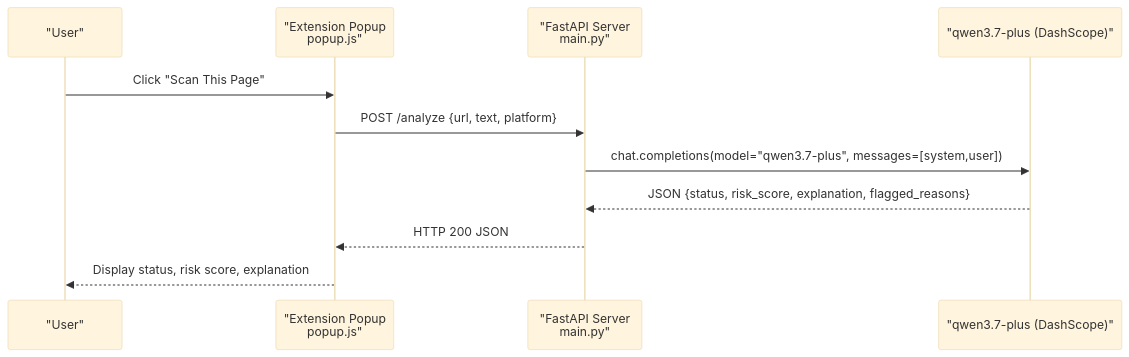
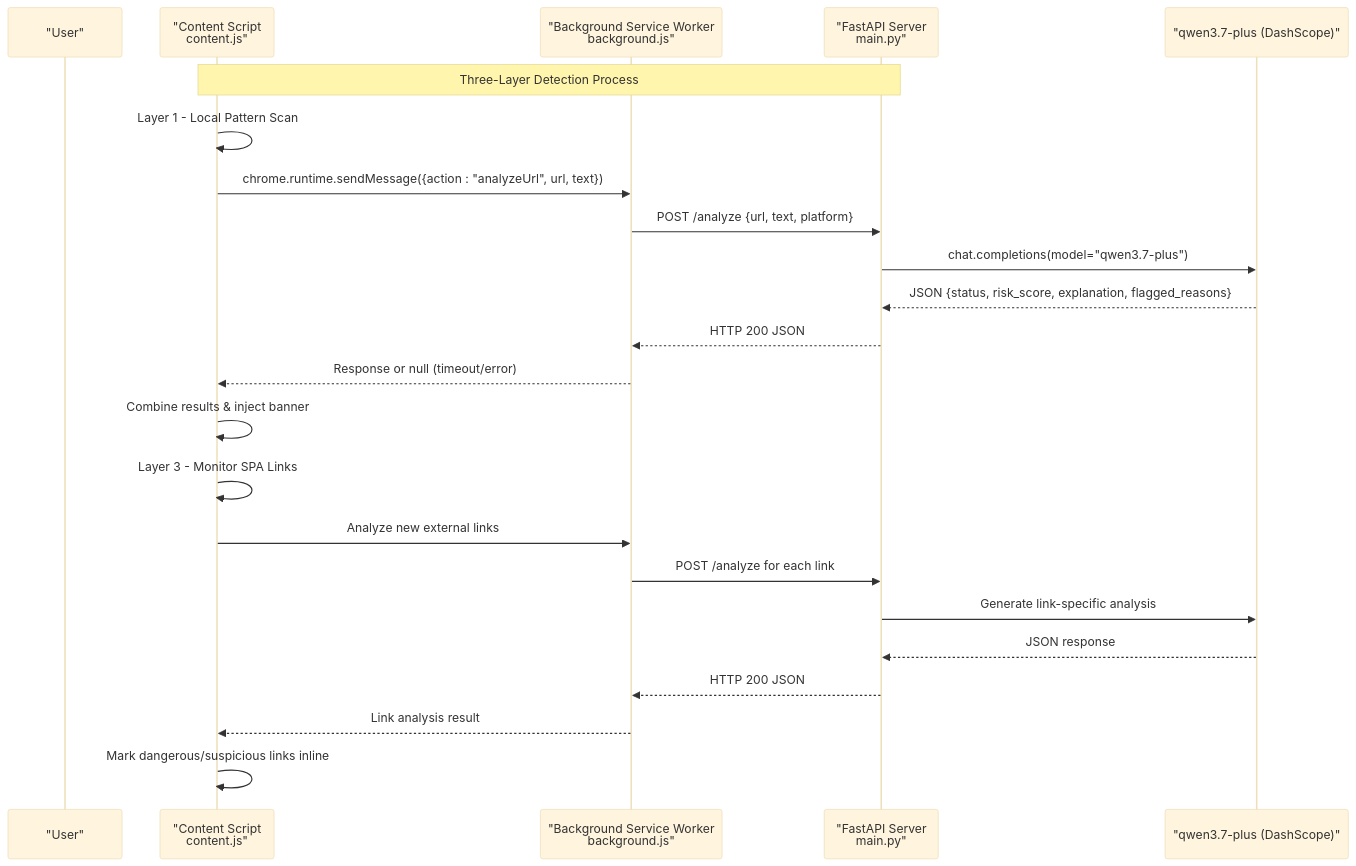
One commit to Aymanaahh/scrollguard-ai changed the second of 9 diagrams in .qoder/repowiki/en/content/Threat Detection Engine.md. Above: the diagram before and after it, drawn with Mermaid (base theme). The commit also changed other lines of this file and 38 other files, not shown here.

````diff
--- a/.qoder/repowiki/en/content/Threat Detection Engine.md
+++ b/.qoder/repowiki/en/content/Threat Detection Engine.md
@@ -92,13 +116,25 @@
 ```mermaid
 sequenceDiagram
 participant User as "User"
-participant Ext as "Extension Popup<br/>popup.js"
+participant CS as "Content Script<br/>content.js"
+participant BSW as "Background Service Worker<br/>background.js"
 participant BE as "FastAPI Server<br/>main.py"
 participant AI as "qwen3.7-plus (DashScope)"
-User->>Ext : Click "Scan This Page"
-Ext->>BE : POST /analyze {url, text, platform}
-BE->>AI : chat.completions(model="qwen3.7-plus", messages=[system,user])
+Note over CS,BE : Three-Layer Detection Process
+CS->>CS : Layer 1 - Local Pattern Scan
+CS->>BSW : chrome.runtime.sendMessage({action : "analyzeUrl", url, text})
+BSW->>BE : POST /analyze {url, text, platform}
+BE->>AI : chat.completions(model="qwen3.7-plus")
 AI-->>BE : JSON {status, risk_score, explanation, flagged_reasons}
-BE-->>Ext : HTTP 200 JSON
-Ext-->>User : Display status, risk score, explanation
+BE-->>BSW : HTTP 200 JSON
+BSW-->>CS : Response or null (timeout/error)
+CS->>CS : Combine results & inject banner
+CS->>CS : Layer 3 - Monitor SPA Links
+CS->>BSW : Analyze new external links
+BSW->>BE : POST /analyze for each link
+BE->>AI : Generate link-specific analysis
+AI-->>BE : JSON response
+BE-->>BSW : HTTP 200 JSON
+BSW-->>CS : Link analysis result
+CS->>CS : Mark dangerous/suspicious links inline
 ```
````
